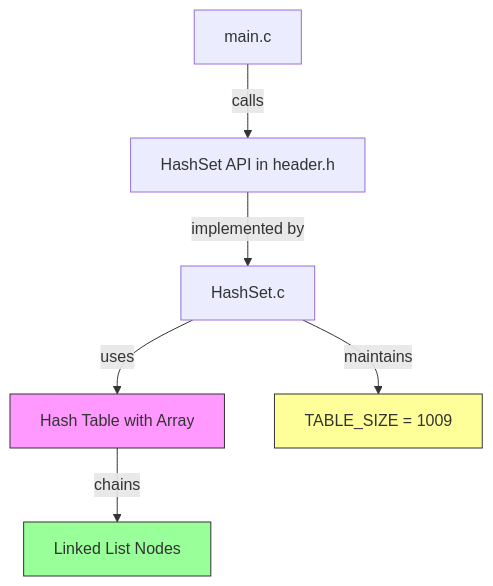
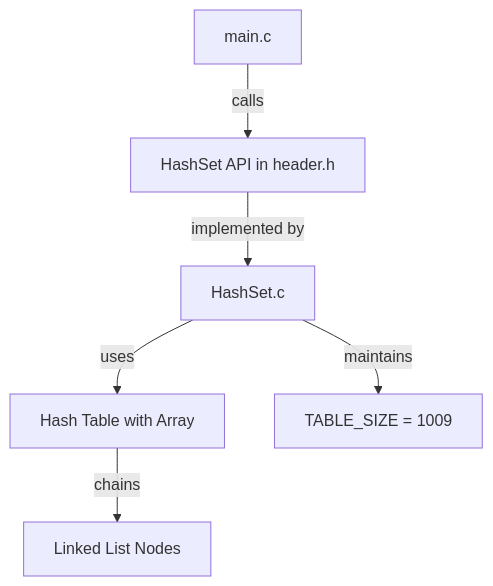
The diagram in README.md (YUVHASHREERAMESH/HashSet-Implementation), drawn with Mermaid before and after one commit.

Commit message:
Remove colors from structure diagram

````diff
--- a/README.md
+++ b/README.md
@@ -33,11 +33,8 @@
 ```mermaid
 flowchart TB
 	A[main.c] -->|calls| B[HashSet API in header.h]
 	B -->|implemented by| C[HashSet.c]
 	C -->|uses| D[Hash Table with Array]
 	C -->|maintains| E[TABLE_SIZE = 1009]
 	D -->|chains| F[Linked List Nodes]
-	style D fill:#f9f,stroke:#333,stroke-width:1px
-	style E fill:#ff9,stroke:#333,stroke-width:1px
-	style F fill:#9f9,stroke:#333,stroke-width:1px
 ```
````
